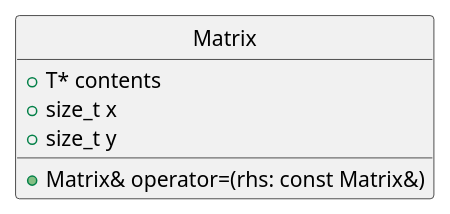
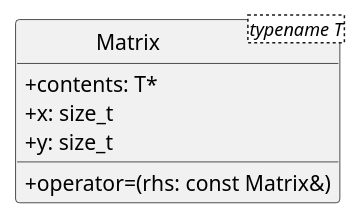
Before and after one commit to MornaMeoi/notes: the first of 5 diagrams in Areas/CPP/Лекции/Lecture 9. Принципы ООП.md, drawn with PlantUML. The commit also changed other lines of this file, not shown here.

````diff
--- a/Areas/CPP/Лекции/Lecture 9. Принципы ООП.md
+++ b/Areas/CPP/Лекции/Lecture 9. Принципы ООП.md
@@ -91,11 +91,12 @@
 ```plantuml
 @startuml
 hide circle
-class Matrix {
-	+T* contents
-	+size_t x
-	+size_t y
-	+Matrix& operator=(rhs: const Matrix&)
+skinparam classAttributeIconSize 0
+class Matrix<typename T> {
+	+contents: T*
+	+x: size_t
+	+y: size_t
+	+operator=(rhs: const Matrix&)
 }
 @enduml
 ```
````
